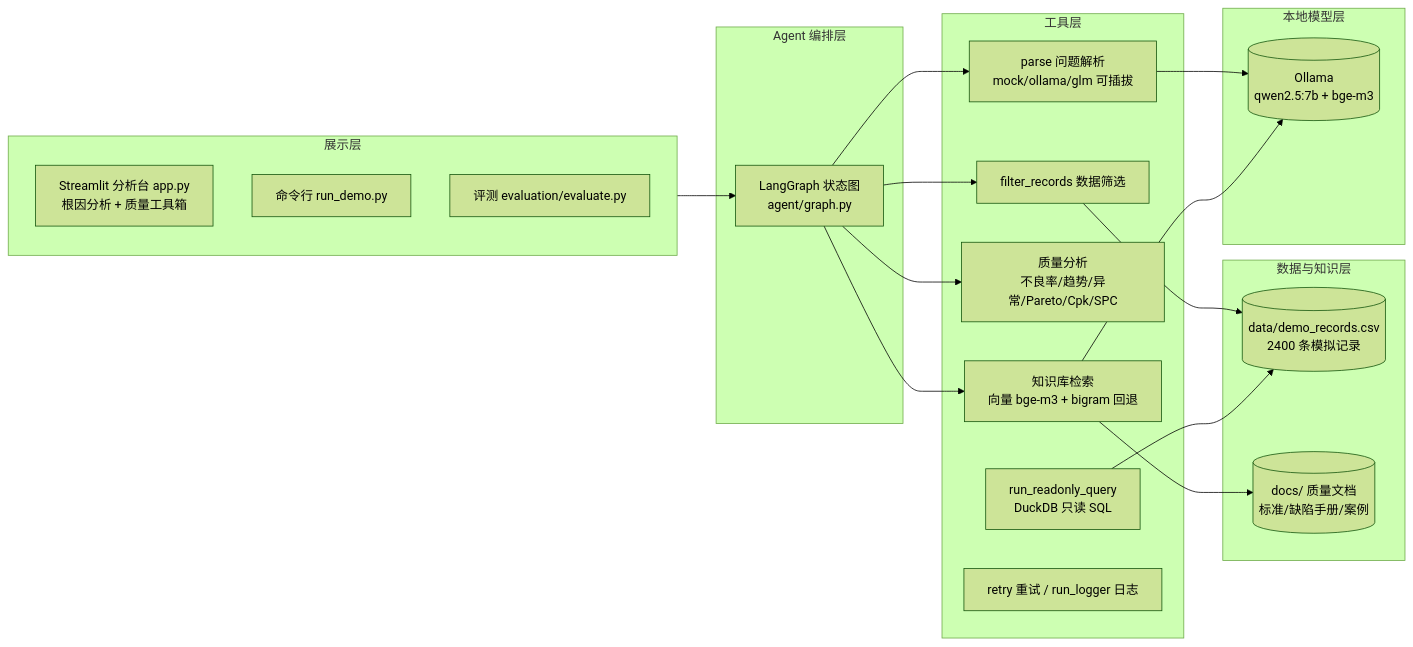
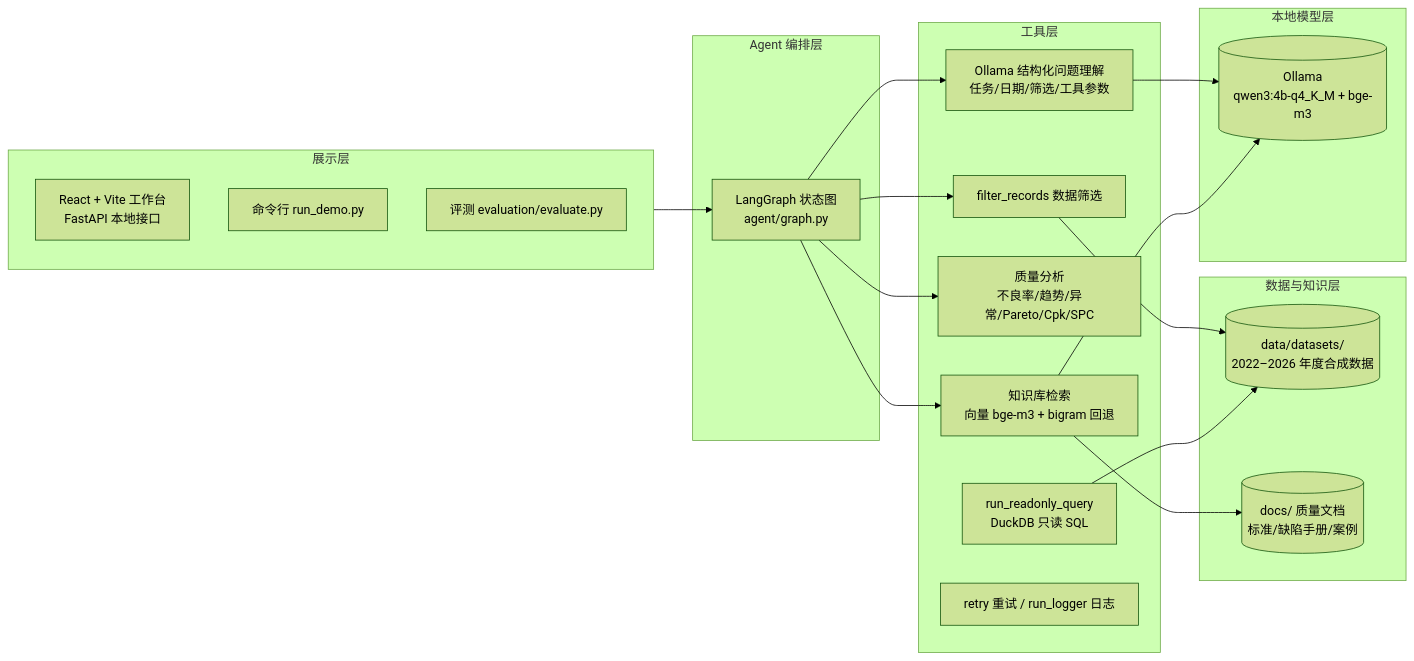
One commit to Satulalala/manufacturing-quality-agent changed the first of 2 diagrams in README.md. Above: the diagram before and after it, drawn with Mermaid (forest theme). The commit also changed other lines of this file and 1 other file, not shown here.

````diff
--- a/README.md
+++ b/README.md
@@ -121,33 +192,33 @@
 ```mermaid
 flowchart LR
     subgraph UI[展示层]
-        App[Streamlit 分析台 app.py<br/>根因分析 + 质量工具箱]
+        App[React + Vite 工作台<br/>FastAPI 本地接口]
         CLI[命令行 run_demo.py]
         Eval[评测 evaluation/evaluate.py]
     end
     subgraph Agent[Agent 编排层]
         Graph[LangGraph 状态图<br/>agent/graph.py]
     end
     subgraph Tools[工具层]
-        P[parse 问题解析<br/>mock/ollama/glm 可插拔]
+        P[Ollama 结构化问题理解<br/>任务/日期/筛选/工具参数]
         Q[filter_records 数据筛选]
         A[质量分析<br/>不良率/趋势/异常/Pareto/Cpk/SPC]
         K[知识库检索<br/>向量 bge-m3 + bigram 回退]
         S[run_readonly_query<br/>DuckDB 只读 SQL]
         R[retry 重试 / run_logger 日志]
     end
     subgraph Data[数据与知识层]
-        CSV[(data/demo_records.csv<br/>2400 条模拟记录)]
+        CSV[(data/datasets/<br/>2022–2026 年度合成数据)]
         Docs[(docs/ 质量文档<br/>标准/缺陷手册/案例)]
     end
     subgraph Local[本地模型层]
-        Ollama[(Ollama<br/>qwen2.5:7b + bge-m3)]
+        Ollama[(Ollama<br/>qwen3:4b-q4_K_M + bge-m3)]
     end
     UI --> Graph
     Graph --> P & Q & A & K
     P --> Ollama
     K --> Ollama
     Q --> CSV
     S --> CSV
     K --> Docs
 ```
````
